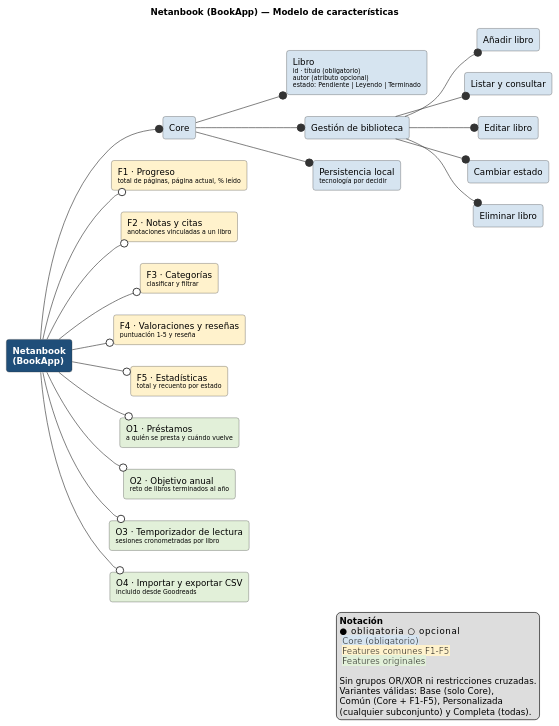
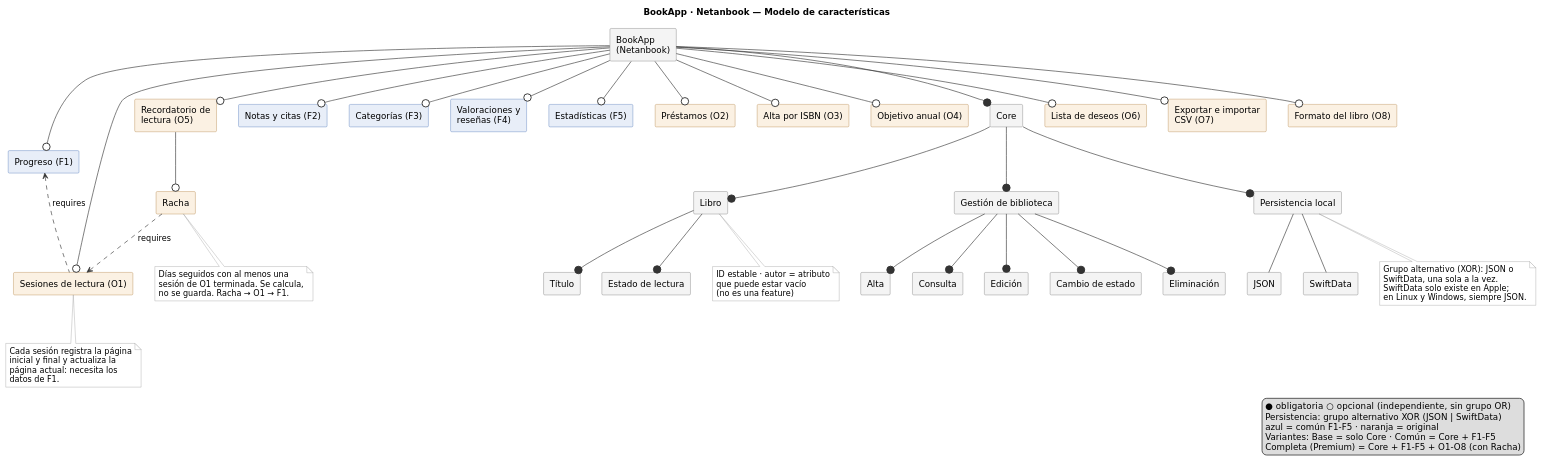
One commit to uallps/bookapp-netanbook changed the diagram in docs/sesion-3/diagramas/modelo-caracteristicas.puml. Above: the diagram before and after it, drawn with PlantUML. The commit also changed 9 other files, not shown here.

Commit message:
Actualizacion de diagrama y cargue de plugins pendiente

```diff
--- a/docs/sesion-3/diagramas/modelo-caracteristicas.puml
+++ b/docs/sesion-3/diagramas/modelo-caracteristicas.puml
@@ -1,93 +1,125 @@
 @startuml modelo-caracteristicas
-' Modelo de características de Netanbook (BookApp) — Sesión 3
-' Notación: círculo relleno = obligatoria, círculo hueco = opcional.
-' No hay grupos OR/XOR ni restricciones requires/excludes: todas las
-' features variables son opcionales e independientes.
-
-title Netanbook (BookApp) — Modelo de características
-
-left to right direction
+' Modelo de características de BookApp · grupo Netanbook (LPS, UAL 2026-27)
+' Notación: ● obligatoria (--@)  ○ opcional (--0)  - - requires - ->  restricción cruzada
+skinparam defaultFontName DejaVu Sans
 skinparam shadowing false
-skinparam defaultFontName DejaVu Sans
-skinparam ArrowColor #333333
 skinparam rectangle {
-  BorderColor #333333
-  RoundCorner 8
+  BackgroundColor #F4F4F4
+  BorderColor #555555
+  RoundCorner 4
 }
-skinparam rectangle<<raiz>> {
-  BackgroundColor #1F4E79
-  FontColor #FFFFFF
-  FontStyle bold
-}
-skinparam rectangle<<core>> {
-  BackgroundColor #D6E4F0
-}
-skinparam rectangle<<comun>> {
-  BackgroundColor #FFF2CC
+skinparam rectangle<<common>> {
+  BackgroundColor #E8EEF8
+  BorderColor #2456A6
 }
 skinparam rectangle<<original>> {
-  BackgroundColor #E2F0D9
+  BackgroundColor #FBF1E3
+  BorderColor #A0661B
 }
+skinparam ArrowColor #333333
+skinparam NoteBackgroundColor #FFFFFF
+skinparam NoteBorderColor #888888
 hide stereotype
+title BookApp · Netanbook — Modelo de características
 
-rectangle "Netanbook\n(BookApp)" as Root <<raiz>>
+rectangle "BookApp\n(Netanbook)" as root
 
 ' ---------- Core obligatorio ----------
-rectangle "Core" as Core <<core>>
-rectangle "Libro\n<size:10>id · título (obligatorio)</size>\n<size:10>autor (atributo opcional)</size>\n<size:10>estado: Pendiente | Leyendo | Terminado</size>" as Libro <<core>>
-rectangle "Gestión de biblioteca" as Gestion <<core>>
-rectangle "Añadir libro" as Alta <<core>>
-rectangle "Listar y consultar" as Consulta <<core>>
-rectangle "Editar libro" as Edicion <<core>>
-rectangle "Cambiar estado" as Estado <<core>>
-rectangle "Eliminar libro" as Baja <<core>>
-rectangle "Persistencia local\n<size:10>tecnología por decidir</size>" as Persistencia <<core>>
+rectangle "Core" as core
+rectangle "Libro" as libro
+rectangle "Título" as titulo
+rectangle "Estado de lectura" as estado
+rectangle "Gestión de biblioteca" as gestion
+rectangle "Alta" as alta
+rectangle "Consulta" as consulta
+rectangle "Edición" as edicion
+rectangle "Cambio de estado" as cambio
+rectangle "Eliminación" as eliminar
+rectangle "Persistencia local" as persist
 
-Root --@ Core
-Core --@ Libro
-Core --@ Gestion
-Core --@ Persistencia
-Gestion --@ Alta
-Gestion --@ Consulta
-Gestion --@ Edicion
-Gestion --@ Estado
-Gestion --@ Baja
+root -down-@ core
+core -down-@ libro
+core -down-@ gestion
+core -down-@ persist
+libro -down-@ titulo
+libro -down-@ estado
+gestion -down-@ alta
+gestion -down-@ consulta
+gestion -down-@ edicion
+gestion -down-@ cambio
+gestion -down-@ eliminar
 
-' ---------- Features comunes (F1–F5) ----------
-rectangle "F1 · Progreso\n<size:10>total de páginas, página actual, % leído</size>" as F1 <<comun>>
-rectangle "F2 · Notas y citas\n<size:10>anotaciones vinculadas a un libro</size>" as F2 <<comun>>
-rectangle "F3 · Categorías\n<size:10>clasificar y filtrar</size>" as F3 <<comun>>
-rectangle "F4 · Valoraciones y reseñas\n<size:10>puntuación 1–5 y reseña</size>" as F4 <<comun>>
-rectangle "F5 · Estadísticas\n<size:10>total y recuento por estado</size>" as F5 <<comun>>
+note bottom of libro
+  ID estable · autor = atributo
+  que puede estar vacío
+  (no es una feature)
+end note
+rectangle "JSON" as json
+rectangle "SwiftData" as swiftdata
+persist -down- json
+persist -down- swiftdata
+note bottom of persist
+  Grupo alternativo (XOR): JSON o
+  SwiftData, una sola a la vez.
+  SwiftData solo existe en Apple;
+  en Linux y Windows, siempre JSON.
+end note
 
-Root --0 F1
-Root --0 F2
-Root --0 F3
-Root --0 F4
-Root --0 F5
+' ---------- Cinco features comunes (opcionales en la variante) ----------
+rectangle "Progreso (F1)" <<common>> as f1
+rectangle "Notas y citas (F2)" <<common>> as f2
+rectangle "Categorías (F3)" <<common>> as f3
+rectangle "Valoraciones y\nreseñas (F4)" <<common>> as f4
+rectangle "Estadísticas (F5)" <<common>> as f5
 
-' ---------- Features originales (una por integrante) ----------
-rectangle "O1 · Préstamos\n<size:10>a quién se presta y cuándo vuelve</size>" as O1 <<original>>
-rectangle "O2 · Objetivo anual\n<size:10>reto de libros terminados al año</size>" as O2 <<original>>
-rectangle "O3 · Temporizador de lectura\n<size:10>sesiones cronometradas por libro</size>" as O3 <<original>>
-rectangle "O4 · Importar y exportar CSV\n<size:10>incluido desde Goodreads</size>" as O4 <<original>>
+root -down-0 f1
+root -down-0 f2
+root -down-0 f3
+root -down-0 f4
+root -down-0 f5
 
-Root --0 O1
-Root --0 O2
-Root --0 O3
-Root --0 O4
+' ---------- Features originales (dos por integrante) ----------
+rectangle "Sesiones de lectura (O1)" <<original>> as o1
+rectangle "Préstamos (O2)" <<original>> as o2
+rectangle "Alta por ISBN (O3)" <<original>> as o3
+rectangle "Objetivo anual (O4)" <<original>> as o4
+rectangle "Recordatorio de\nlectura (O5)" <<original>> as o5
+rectangle "Racha" <<original>> as racha
+rectangle "Lista de deseos (O6)" <<original>> as o6
+rectangle "Exportar e importar\nCSV (O7)" <<original>> as o7
+rectangle "Formato del libro (O8)" <<original>> as o8
+
+root -down-0 o1
+root -down-0 o2
+root -down-0 o3
+root -down-0 o4
+root -down-0 o5
+root -down-0 o6
+root -down-0 o7
+root -down-0 o8
+o5 -down-0 racha
+
+' ---------- Restricciones cruzadas ----------
+o1 .left.> f1 : requires
+note bottom of o1
+  Cada sesión registra la página
+  inicial y final y actualiza la
+  página actual: necesita los
+  datos de F1.
+end note
+
+racha ..> o1 : requires
+note bottom of racha
+  Días seguidos con al menos una
+  sesión de O1 terminada. Se calcula,
+  no se guarda. Racha → O1 → F1.
+end note
 
 legend right
-  <b>Notación</b>
-  ●  obligatoria    ○  opcional
-  <back:#D6E4F0> Core (obligatorio) </back>
-  <back:#FFF2CC> Features comunes F1–F5 </back>
-  <back:#E2F0D9> Features originales </back>
-
-  Sin grupos OR/XOR ni restricciones cruzadas.
-  Variantes válidas: Base (solo Core),
-  Común (Core + F1–F5), Personalizada
-  (cualquier subconjunto) y Completa (todas).
+  ● obligatoria   ○ opcional (independiente, sin grupo OR)
+  Persistencia: grupo alternativo XOR (JSON | SwiftData)
+  azul = común F1–F5 · naranja = original
+  Variantes: Base = solo Core · Común = Core + F1–F5
+  Completa (Premium) = Core + F1–F5 + O1–O8 (con Racha)
 endlegend
-
 @enduml
```
